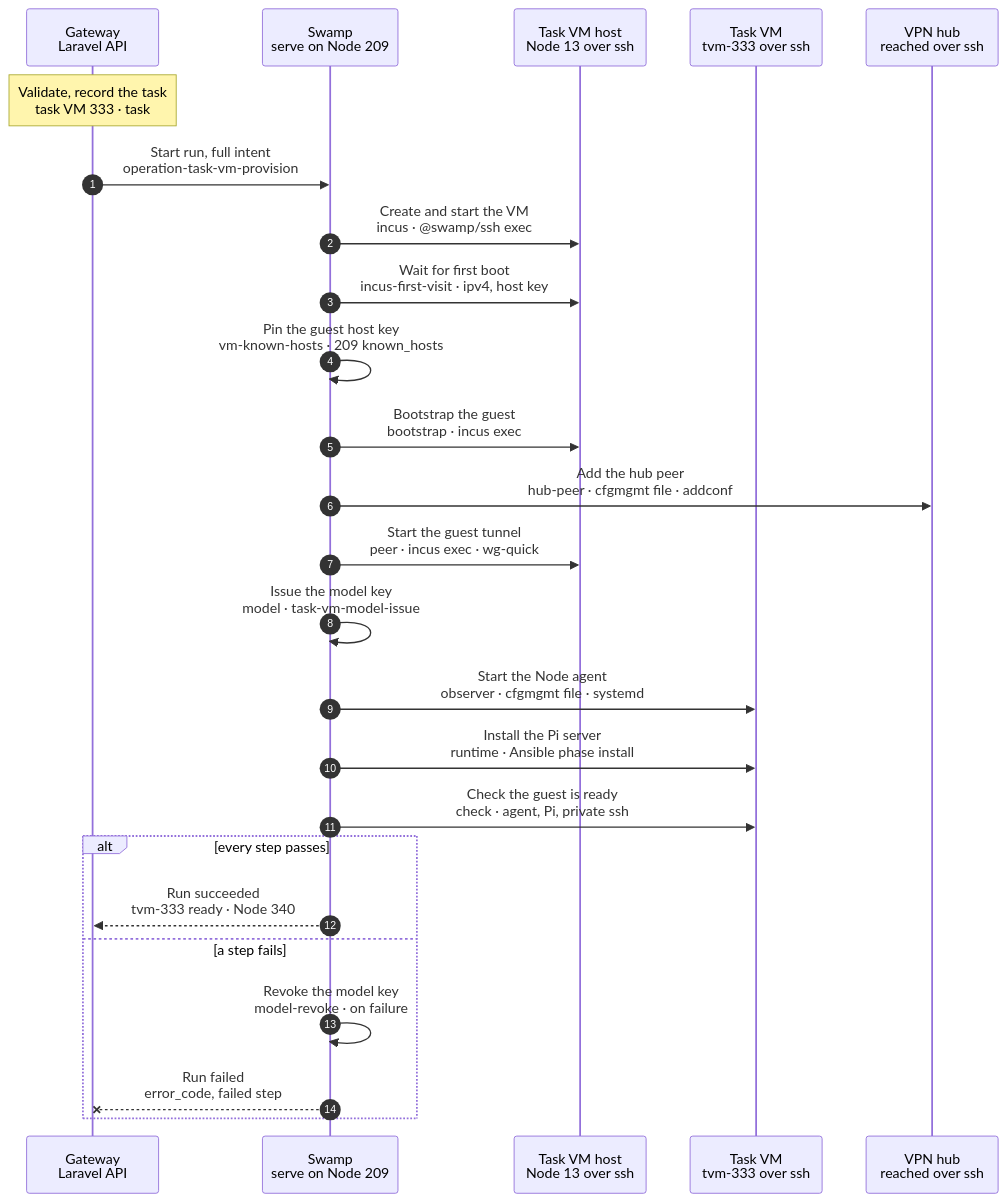
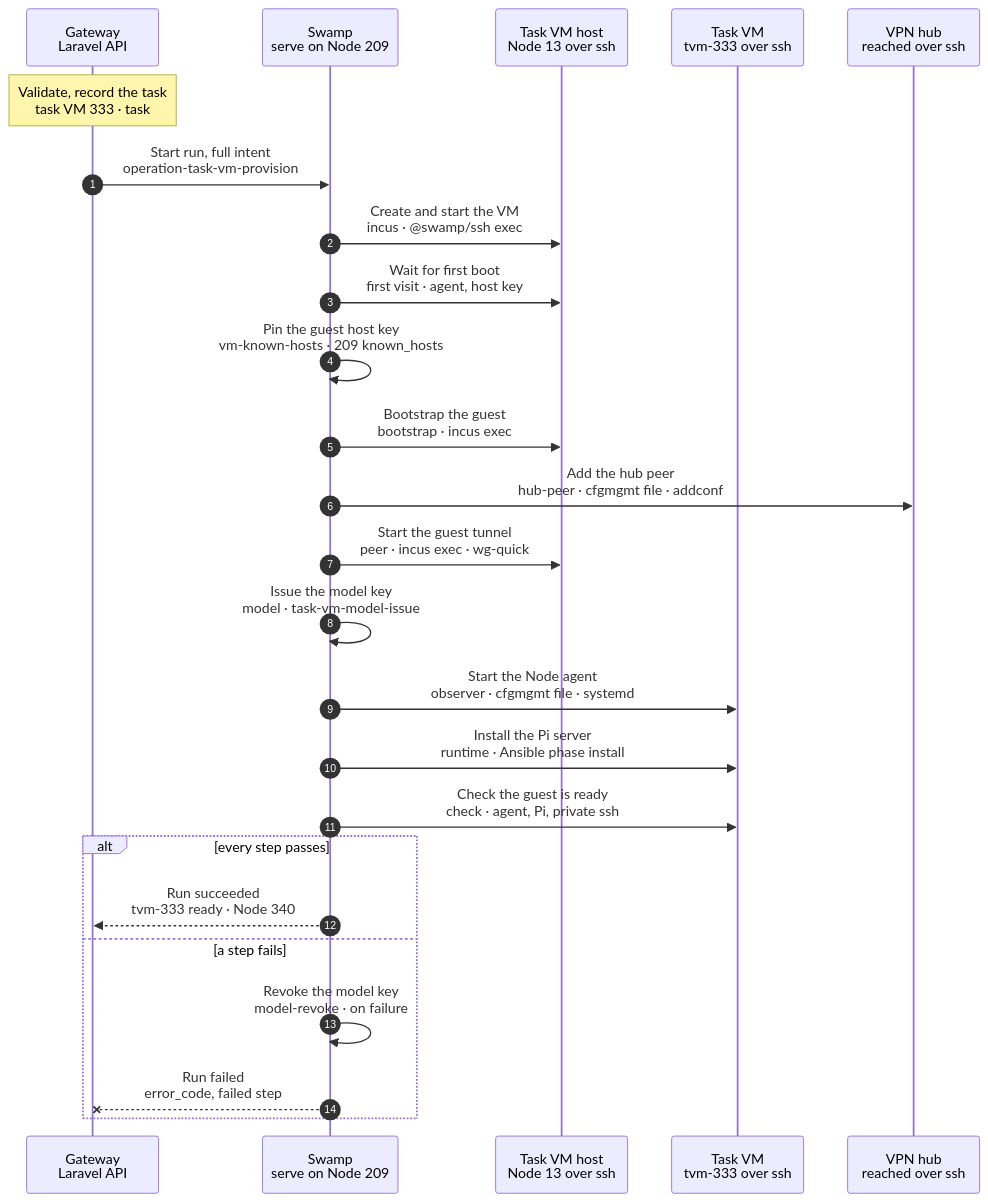
Before and after one commit to hardimpactdev/orbit: the diagram in docs/cli/tasks/vm-provision.mmd, drawn with Mermaid. The commit also changed 2 other files, not shown here.

Commit message:
fix(task-vms): the first visit waits for the VM agent before incus exec (#3076)
* fix(task-vms): the first visit waits for the VM agent before it runs incus exec

* docs(task-vms): the first visit waits for the agent

* docs(task-vms): keep the first-visit label short

---------

```diff
--- a/docs/cli/tasks/vm-provision.mmd
+++ b/docs/cli/tasks/vm-provision.mmd
@@ -1,130 +1,131 @@
 sequenceDiagram
   %% Target design: swamp/workflows/workflow-operation-task-vm-provision.yaml (+ task-vm-provision, provider-incus, incus-first-visit, enrollment, ssh-prepare, model-issue, runtime children), docs/reference/compute-drivers.md, docs/reference/task-vm-native-provision.md, docs/reference/tasks.md, DECISIONS R1-R4.
   %% Tightened: flow-tighten 2026-11-02, rules 1, 2, 3, 6, 9, 14, 15, 16, 18, 19, 20, 22 (provider, first boot, bootstrap and peer steps merged; no input-check, decode or report steps; cfgmgmt on the pinned guest; one end check).
   %% status: draft
   %% command: none · task VM claim for a task group
   %% kind: task_vm.provision
   autonumber
   %% lane GW icon=gateway pill=intent tone=blue
   %% lane SW icon=workflow pill=executes tone=green
   %% lane H icon=server pill=target tone=amber
   %% lane VM icon=server pill=target tone=purple
   %% lane HUB icon=server pill=target tone=purple
   participant GW as Gateway<br/>Laravel API
   participant SW as Swamp<br/>serve on Node 209
   participant H as Task VM host<br/>Node 13 over ssh
   participant VM as Task VM<br/>tvm-333 over ssh
   participant HUB as VPN hub<br/>reached over ssh
   Note over GW: Validate, record the task<br/>task VM 333 · task #5181 · Node 13
   %%> Started by:
   %%> - `AllocateTaskVmAction`, when a task group claims a VM; there is no CLI command
   %%> - an owning Task parent captures the same intent and runs these steps in its own run
   %%> Requirements:
   %%> - task VM 333 is `provisioning`, with its Placement on Node 13 and the promoted recipe image
   %%> - no other task holds `task_vm:333`; a repeated admission returns the same open task
   %%> Result:
   %%> - task #5181 records the full intent: provider, host, image, size, guest Node 340, hub peer file, observer files, Pi Process and model key record
   %%> - vault copies for the model key, Pi token, Pi models and provider bootstrap; the intent holds only their vault key names
   GW->>SW: Start run, full intent<br/>operation-task-vm-provision
   %%> What it does:
   %%> - starts one Swamp run on serve (Node 209)
   %%> Inputs:
   %%> - `operation_id`, `node_id`, `kind`, the intent and `execution_secrets` as vault key names
   %%> - the input schema validates the intent; no `eligible` assert or `provider-plan` decode step re-checks it
   SW->>H: Create and start the VM<br/>incus · @swamp/ssh exec
   %%> What it does:
   %%> - one `incus launch` argv on Node 13 creates and starts `tvm-333` from the admitted image, with its metadata and the read-only package cache
   %%> - a `guard` skips it when `tvm-333` already runs the admitted image, so a resumed run allocates no second VM
   %%> - a topology group clones its seed volume in the same step
   %%> Per provider:
   %%> - UpCloud overflow: the `cloud` step creates the labelled server through the API from 209, with the token from the vault
   %%> Replaces:
   %%> - `observe-vm`, `plan`, `observe-seed`, `seed-plan`, `clone-seed`, `seed-ready`, `initialize-vm`, `read-metadata`, `metadata`, `write-metadata`, `start-vm`, `inspect-created-vm` and `provider`
-  SW->>H: Wait for first boot<br/>incus-first-visit · ipv4, host key
+  SW->>H: Wait for first boot<br/>first visit · agent, host key
   %%> What it does:
-  %%> - one bounded argv: `incus wait tvm-333 ipv4 --timeout 120`, then `cloud-init status --wait`, then prints the guest's public SSH host key
+  %%> - one bounded argv: `incus wait tvm-333 agent --timeout 120`, then `cloud-init status --wait`, then prints the guest's public SSH host key
+  %%> Decided by the orchestrator, for Nick's review (2026-11-06): the first wait is `incus wait tvm-333 agent --timeout 120`, as the slot start does: `cloud-init status --wait` runs through `incus exec`, which fails at once while the VM agent is not running (enrol 12264)
   %%> Why:
   %%> - the provider observation is the trusted source of the guest's host key
   %%> Replaces:
   %%> - `guest-available`, `cloud-init`, `guest-key` and the `guest` decode step
   SW->>SW: Pin the guest host key<br/>vm-known-hosts · 209 known_hosts
   %%> What it does:
   %%> - replaces any entry for the guest's address in the 209 worker's `known_hosts` with the observed key
   %%> Why:
   %%> - official cfgmgmt takes no pinned key and task VMs reuse addresses; without this, a stale entry fails every cfgmgmt step
   %%> Held open:
   %%> - a 209 shell step until cfgmgmt accepts a pinned host key
   SW->>H: Bootstrap the guest<br/>bootstrap · incus exec
   %%> What it does:
   %%> - through `incus exec` on Node 13: the managed account, 209's authorized key, passwordless sudo, sshd with TCP 22 only from 209's WireGuard address, the firewall rules that also let 209 and the Gateway reach Pi on TCP 3774, and a new WireGuard key whose public half it prints
   %%> Decided by the orchestrator, for Nick's review (2026-11-06): the same firewall step allows TCP 443 on the `orbit` interface (`orbit:task-vm-site`), and the hub's task VM filter lets 209 in on 443 (`orbit:task-vm-control-web`) beside its SSH rule, so the Cluster router and 209's TLS probe reach a routed workspace; Pi and SSH stay limited to 209 and the Gateway, so the Node's full WireGuard member trust is not applied
   %%> - each phase is one argv the Gateway rendered; no step reads bootstrap assets
   %%> Replaces:
   %%> - the five `bootstrap-*` exec and `-assets` pairs, `peer-key-command`, `peer-key` and the `ssh-prepare` child
   %%> - `package`: the recipe image ships `openssh-server` (rule 2)
   SW->>HUB: Add the hub peer<br/>hub-peer · cfgmgmt file · addconf
   %%> What it does:
   %%> - `@swamp/cfgmgmt/file` writes `orbit-peers.d/340.conf` on the hub, then `wg addconf orbit` loads only that peer
   %%> Why:
   %%> - no other peer changes, so overlapping enrollments never drop each other
   SW->>H: Start the guest tunnel<br/>peer · incus exec · wg-quick
   %%> What it does:
   %%> - writes the guest's `orbit.conf` and DNS marker, then `systemctl enable --now wg-quick@orbit`
   %%> - from here Swamp reaches tvm-333 directly over WireGuard
   %%> Replaces:
   %%> - `peer-publish-command`, `peer-enable`, `peer-start` and `peer-dns-command`
   SW->>SW: Issue the model key<br/>model · task-vm-model-issue
   %%> What it does:
   %%> - adds VM 333's model key on the model router from 209 and confirms the anchor key stays
   %%> - two Ansible phases on 209, `anchor` and `issue`: HTTPS calls to the router, no script
   %%> When:
   %%> - in parallel from the start of the run; it touches no guest (rule 18)
   %%> Held open:
   %%> - one 209 script until an official HTTP behavior covers the router API; seven steps become one
   SW->>VM: Start the Node agent<br/>observer · cfgmgmt file · systemd
   %%> What it does:
   %%> - `@swamp/cfgmgmt/file` writes the agent identity, `config.toml` and `ca.pem`; `@swamp/cfgmgmt/systemd` installs and starts `orbit-agent`
   %%> - today the steps are `observer-group` (one `groupadd -f --system orbit-env` argv, since the unit names that group) and `observer-unit`
   %%> - `observer-identity-create` makes the secret with `openssl rand -hex`, and `observer-identity-trim` cuts the file to its 64 characters, because the agent trims the file and the Gateway checks `sha256` of the trimmed value; `observer-identity` records that digest
   %%> - the Gateway makes the agent secret at admission, as for `node:add`, and keeps its hash; `observer-identity-create` writes the vault copy `agent-secret-node-<id>` on stdin of one `install` (0600, no newline), and `observer-identity` proves the file hashes to that value
   %%> - runs beside the Pi install
   %%> Replaces:
   %%> - `observer-identity`, `observer-configuration`, `observer-ca`, `observer-unit`, `observer-reload` and `observer-start` (inline Python writes)
   SW->>VM: Install the Pi server<br/>runtime · Ansible phase install
   %%> What it does:
   %%> - fetches the pinned Pi build to 209 and checks its digest there
   %%> - Ansible phase `install`, over SSH with the pinned guest host key: copies the build (its digest is checked on the staged file first), writes the Orbit root (under the image's name `orbit-root.crt` and the fleet's `orbit-managed-root-ca.crt`), the Pi models and the Pi token (0600, from `vault.get` through the environment, `no_log`), installs the unit, and restarts `pi-server` when a file changed
   %%> Decided by the orchestrator, for Nick's review (2026-11-06): the fleet's name is the file a Route writes; with it in place, the first Route on the VM keeps the CA store (op 12259 rebuilt it in 2.3 s).
   %%> Decided by the orchestrator, for Nick's review (2026-11-06): the phase also creates the app-dev runtime folders and tmpfiles file (`AppDevRuntimeFootprint`, the same list the app-dev role add applies), because the VM records the app-dev role and a served workspace site writes its hibernation log to `/data/caddy/orbit/hibernation`; a ready slot gets them at its enrol, and slots enrolled before are replaced through the pool (its setting cleared, then set again)
   %%> - Ansible phase `check`: the service is active and `/capabilities` answers 200 to the bearer
   %%> - the run folder, with the staged build, is removed in a last job
   %%> - not `@swamp/cfgmgmt`: it cannot pin a host key toward a task VM
   %%> Replaces:
   %%> - the eleven `task-vm-runtime` guest steps; its `result` step stays, because enrollment reads it
   SW->>VM: Check the guest is ready<br/>check · agent, Pi, private ssh
   %%> What it does:
   %%> - one pinned exec over WireGuard collects `orbit-agent` and `pi-server` state and the Pi capabilities on the bind address; Swamp's `assert` checks them
   %%> Replaces:
   %%> - `verify`, `Check the Pi service`, `Probe the Pi server`, `receipt`, both `result` steps and the root `result` print (rules 9, 14)
   alt every step passes
     SW-->>GW: Run succeeded<br/>tvm-333 ready · Node 340
     %%> How the Gateway learns it:
     %%> - its run reader sees the terminal event and reads the `check` step's outputs
     %%> Result:
     %%> - records the guest host key with `RecordNodeSshHostKeyAction`, the WireGuard key, observer identity and the `pi-server` Process
     %%> - task VM 333 is `ready`; task #5181 succeeds
   else a step fails
     SW->>SW: Revoke the model key<br/>model-revoke · on failure
     %%> When:
     %%> - `dependsOn` the failed step with condition `failed` (rule 19)
     %%> What it does:
     %%> - revokes any issued model key; for UpCloud, `cloud-prefix-rollback` also deletes the unready server
     %%> On the Node:
     %%> - the Incus VM and a published hub peer stay for diagnosis; the next hub convergence drops the peer
     SW--xGW: Run failed<br/>error_code, failed step
     %%> Result:
     %%> - task #5181 fails; task VM 333 is `failed` with the error and keeps its cleanup intent
     %%> - the group asks for assistance; `tasks:cancel` destroys the VM
     %%> Retry:
     %%> - the guards skip finished work on a resumed run
   end
```
